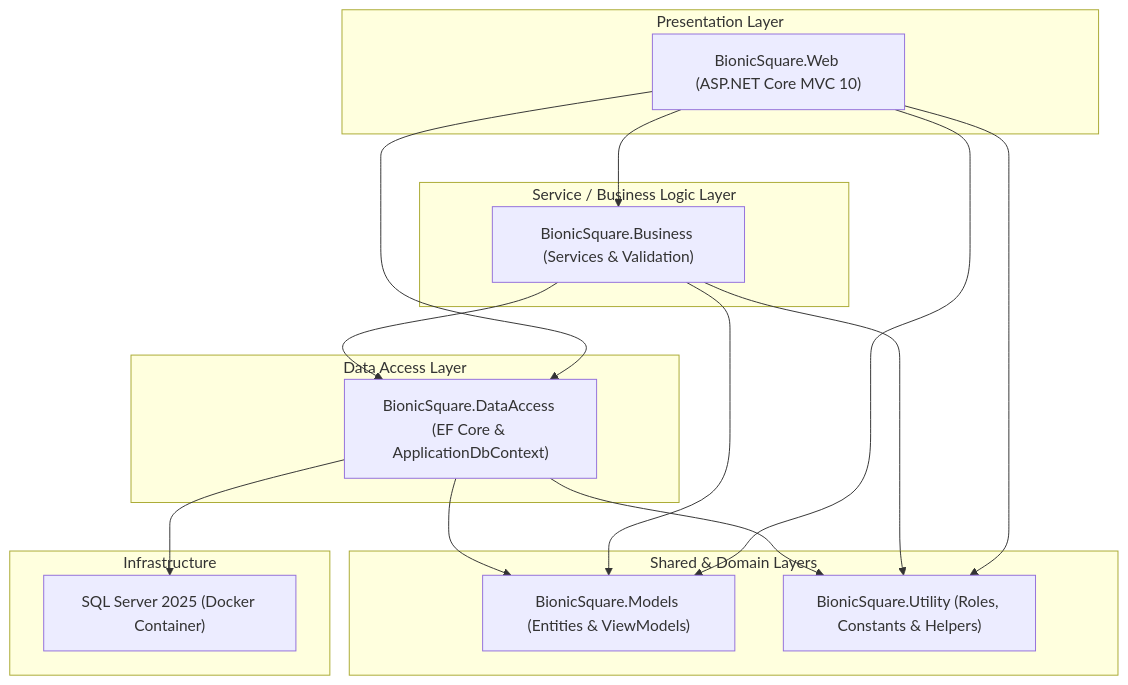
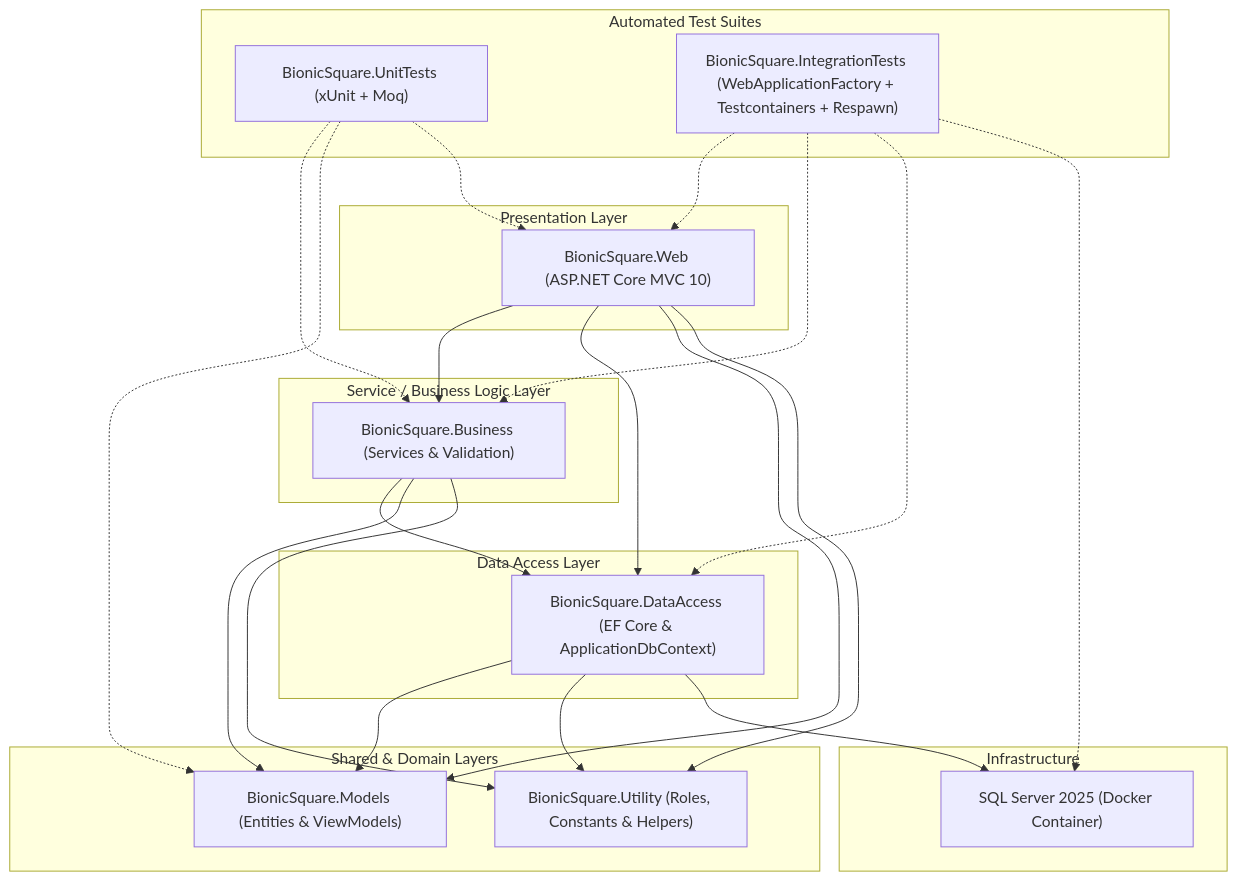
One commit to ibogatec/BionicSquareBook changed the first of 2 diagrams in Readme.md. Above: the diagram before and after it, drawn with Mermaid. The commit also changed other lines of this file, not shown here.

````diff
--- a/Readme.md
+++ b/Readme.md
@@ -46,36 +56,50 @@
 ```mermaid
 graph TD
     subgraph Presentation ["Presentation Layer"]
         Web["BionicSquare.Web (ASP.NET Core MVC 10)"]
     end
 
     subgraph Business ["Service / Business Logic Layer"]
         Services["BionicSquare.Business (Services & Validation)"]
     end
 
     subgraph Data ["Data Access Layer"]
         DataAccess["BionicSquare.DataAccess (EF Core & ApplicationDbContext)"]
     end
 
     subgraph Core ["Shared & Domain Layers"]
         Models["BionicSquare.Models (Entities & ViewModels)"]
         Utility["BionicSquare.Utility (Roles, Constants & Helpers)"]
     end
 
+    subgraph Testing ["Automated Test Suites"]
+        UnitTests["BionicSquare.UnitTests (xUnit + Moq)"]
+        IntegrationTests["BionicSquare.IntegrationTests (WebApplicationFactory + Testcontainers + Respawn)"]
+    end
+
     subgraph Infrastructure ["Infrastructure"]
         DockerDB["SQL Server 2025 (Docker Container)"]
     end
 
     Web --> Services
     Web --> DataAccess
     Web --> Models
     Web --> Utility
 
     Services --> DataAccess
     Services --> Models
     Services --> Utility
 
     DataAccess --> Models
     DataAccess --> Utility
     DataAccess --> DockerDB
+
+    UnitTests -.-> Services
+    UnitTests -.-> Models
+    UnitTests -.-> Web
+
+    IntegrationTests -.-> Web
+    IntegrationTests -.-> Services
+    IntegrationTests -.-> DataAccess
+    IntegrationTests -.-> DockerDB
 ```
````
